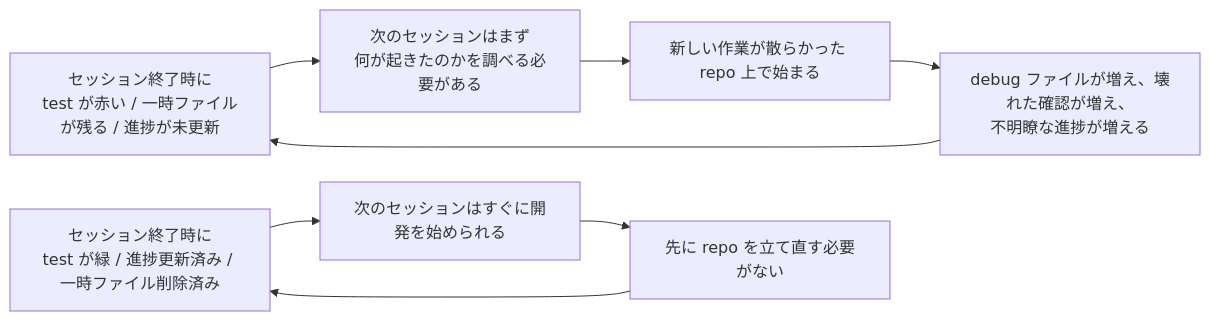
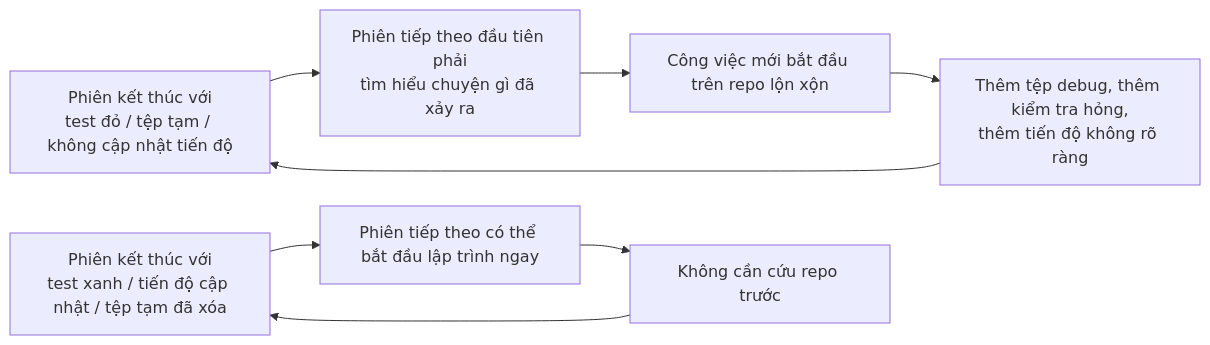
One commit to mkusaka/learn-harness-engineering changed the second of 2 diagrams in docs/vi/lectures/lecture-12-why-every-session-must-leave-a-clean-state/index.md. Above: the diagram before and after it, drawn with Mermaid. The commit also changed other lines of this file and 684 other files, not shown here.

````diff
--- a/docs/vi/lectures/lecture-12-why-every-session-must-leave-a-clean-state/index.md
+++ b/docs/vi/lectures/lecture-12-why-every-session-must-leave-a-clean-state/index.md
@@ -39,11 +39,11 @@
 ```mermaid
 flowchart LR
-    Dirty["セッション終了時に<br/>test が赤い / 一時ファイルが残る / 進捗が未更新"] --> Diagnose["次のセッションはまず<br/>何が起きたのかを調べる必要がある"]
-    Diagnose --> Fragile["新しい作業が散らかった repo 上で始まる"]
-    Fragile --> More["debug ファイルが増え、壊れた確認が増え、<br/>不明瞭な進捗が増える"]
+    Dirty["Phiên kết thúc với<br/>test đỏ / tệp tạm / không cập nhật tiến độ"] --> Diagnose["Phiên tiếp theo đầu tiên phải<br/>tìm hiểu chuyện gì đã xảy ra"]
+    Diagnose --> Fragile["Công việc mới bắt đầu trên repo lộn xộn"]
+    Fragile --> More["Thêm tệp debug, thêm kiểm tra hỏng,<br/>thêm tiến độ không rõ ràng"]
     More --> Dirty
 
-    Clean["セッション終了時に<br/>test が緑 / 進捗更新済み / 一時ファイル削除済み"] --> Fast["次のセッションはすぐに開発を始められる"]
-    Fast --> Stable["先に repo を立て直す必要がない"]
+    Clean["Phiên kết thúc với<br/>test xanh / tiến độ cập nhật / tệp tạm đã xóa"] --> Fast["Phiên tiếp theo có thể bắt đầu lập trình ngay"]
+    Fast --> Stable["Không cần cứu repo trước"]
     Stable --> Clean
 ```
````
